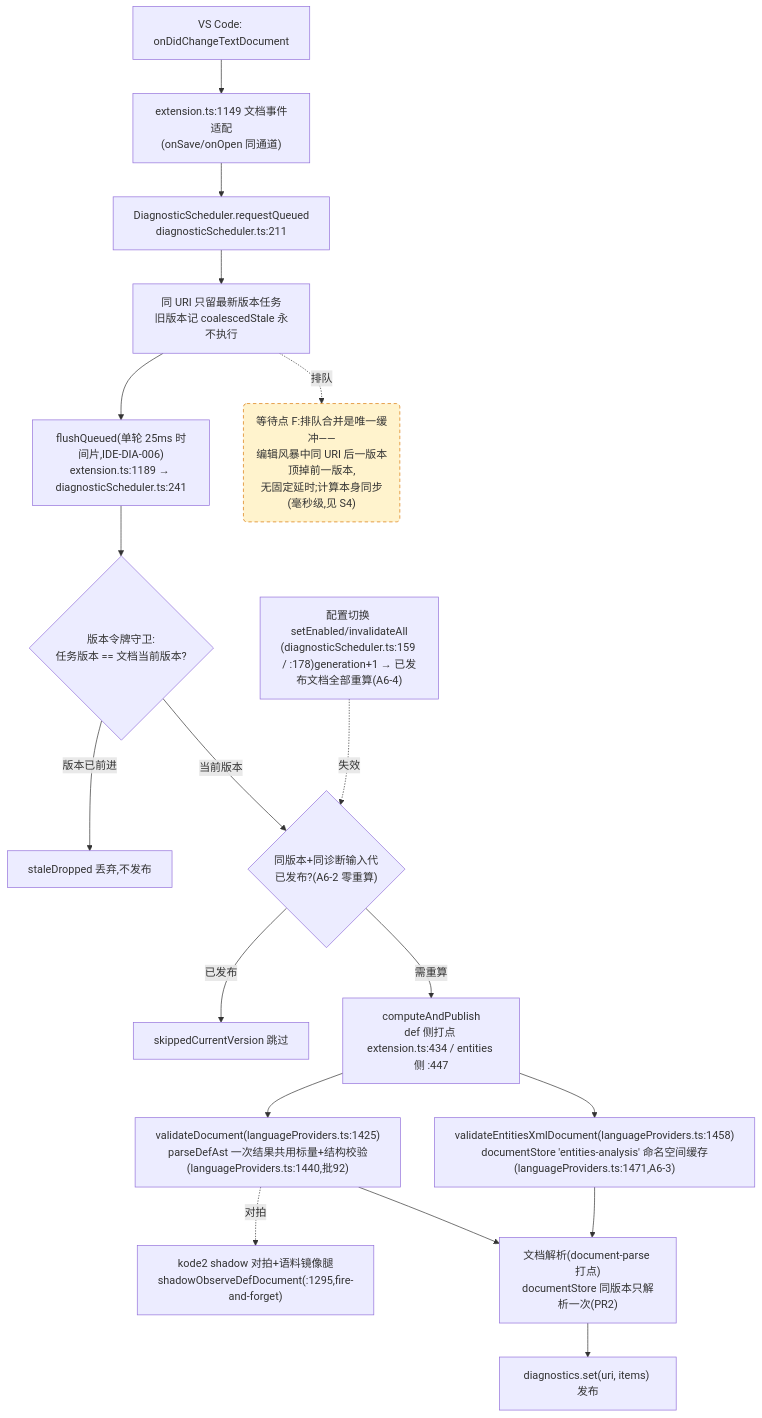
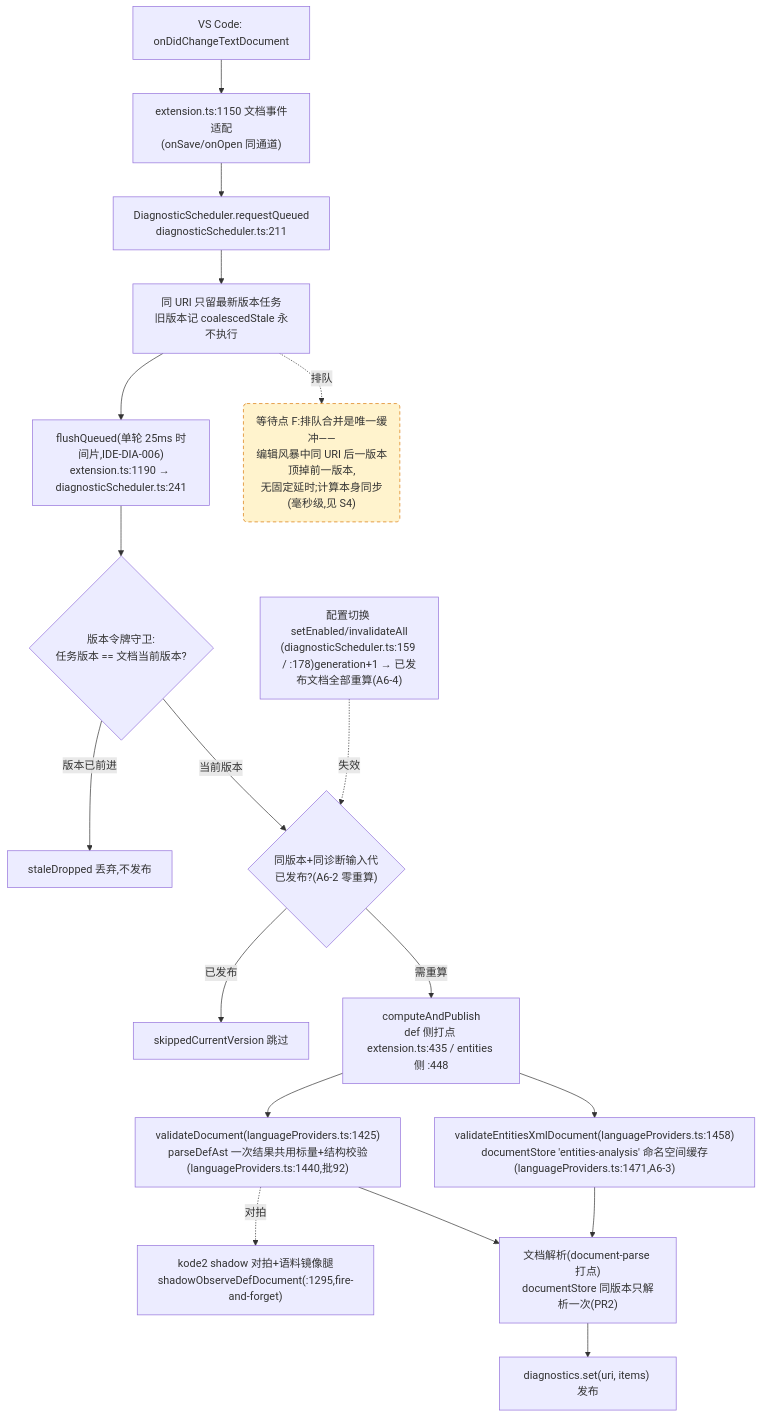
Before and after one commit to cuihairu/kode: the fourth of 4 diagrams in docs/perf/2026-baseline.md, drawn with Mermaid. The commit also changed other lines of this file and 13 other files, not shown here.

Commit message:
feat: add schema impact preview command

````diff
--- a/docs/perf/2026-baseline.md
+++ b/docs/perf/2026-baseline.md
@@ -214,38 +214,38 @@
 ```mermaid
 flowchart TD
   CHG["VS Code: onDidChangeTextDocument"]
-  WATCH["extension.ts:1149 文档事件适配<br/>(onSave/onOpen 同通道)"]
+  WATCH["extension.ts:1150 文档事件适配<br/>(onSave/onOpen 同通道)"]
   RQ["DiagnosticScheduler.requestQueued<br/>diagnosticScheduler.ts:211"]
   CO["同 URI 只留最新版本任务<br/>旧版本记 coalescedStale 永不执行"]
-  FL["flushQueued(单轮 25ms 时间片,IDE-DIA-006)<br/>extension.ts:1189 → diagnosticScheduler.ts:241"]
+  FL["flushQueued(单轮 25ms 时间片,IDE-DIA-006)<br/>extension.ts:1190 → diagnosticScheduler.ts:241"]
   VG{"版本令牌守卫:<br/>任务版本 == 文档当前版本?"}
   DROP["staleDropped 丢弃,不发布"]
   GEN{"同版本+同诊断输入代<br/>已发布?(A6-2 零重算)"}
   SKIP["skippedCurrentVersion 跳过"]
-  CALC["computeAndPublish<br/>def 侧打点 extension.ts:434 / entities 侧 :447"]
+  CALC["computeAndPublish<br/>def 侧打点 extension.ts:435 / entities 侧 :448"]
   VD["validateDocument(languageProviders.ts:1425)<br/>parseDefAst 一次结果共用标量+结构校验(languageProviders.ts:1440,批92)"]
   VEX["validateEntitiesXmlDocument(languageProviders.ts:1458)<br/>documentStore 'entities-analysis' 命名空间缓存(languageProviders.ts:1471,A6-3)"]
   SHDD["kode2 shadow 对拍+语料镜像腿<br/>shadowObserveDefDocument(:1295,fire-and-forget)"]
   DS["文档解析(document-parse 打点)<br/>documentStore 同版本只解析一次(PR2)"]
   PUB["diagnostics.set(uri, items) 发布"]
   CFG2["配置切换 setEnabled/invalidateAll<br/>(diagnosticScheduler.ts:159 / :178)generation+1 → 已发布文档全部重算(A6-4)"]
 
   CHG --> WATCH --> RQ --> CO --> FL --> VG
   VG -- "版本已前进" --> DROP
   VG -- "当前版本" --> GEN
   GEN -- "已发布" --> SKIP
   GEN -- "需重算" --> CALC
   CALC --> VD
   CALC --> VEX
   VD --> DS
   VEX --> DS
   DS --> PUB
   VD -.->|对拍| SHDD
   CFG2 -.->|失效| GEN
 
   WAITF("等待点 F:排队合并是唯一缓冲——<br/>编辑风暴中同 URI 后一版本顶掉前一版本,<br/>无固定延时;计算本身同步(毫秒级,见 S4)")
   CO -.->|排队| WAITF
 
   classDef waitPoint fill:#fff3cd,stroke:#d97706,stroke-dasharray:5 4;
   class WAITF waitPoint;
 ```
````
